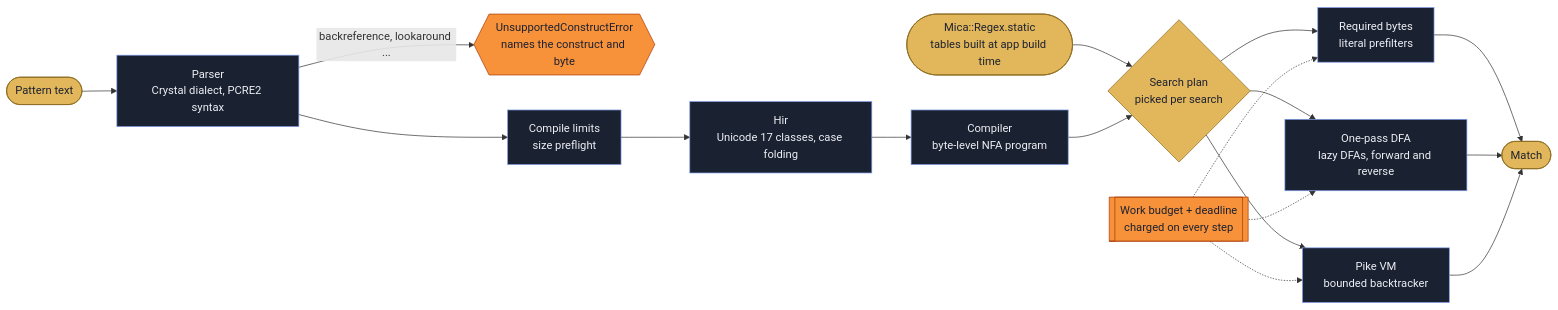
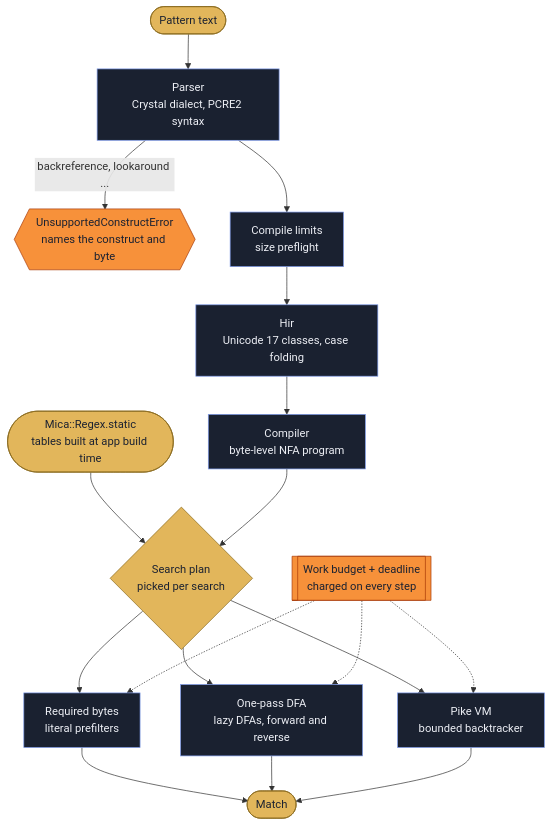
Before and after one commit to amberframework/mica: the diagram in README.md, drawn with Mermaid.

Commit message:
Draw the search pipeline top to bottom so its labels read at full size

````diff
--- a/README.md
+++ b/README.md
@@ -116,25 +116,25 @@
 ```mermaid
-flowchart LR
+flowchart TD
     source(["Pattern text"]) --> parser["Parser<br/>Crystal dialect, PCRE2 syntax"]
     parser -- "backreference, lookaround ..." --> refused{{"UnsupportedConstructError<br/>names the construct and byte"}}
     parser --> limits["Compile limits<br/>size preflight"]
     limits --> hir["Hir<br/>Unicode 17 classes, case folding"]
     hir --> compiler["Compiler<br/>byte-level NFA program"]
     static(["Mica::Regex.static<br/>tables built at app build time"]) --> plan
     compiler --> plan{"Search plan<br/>picked per search"}
     plan --> fast["Required bytes<br/>literal prefilters"]
     plan --> dfa["One-pass DFA<br/>lazy DFAs, forward and reverse"]
     plan --> nfa["Pike VM<br/>bounded backtracker"]
     fast --> found(["Match"])
     dfa --> found
     nfa --> found
     budget[["Work budget + deadline<br/>charged on every step"]] -.-> fast
     budget -.-> dfa
     budget -.-> nfa
     classDef step fill:#1A2130,stroke:#7E9BEA,color:#EDEFF5
     classDef brass fill:#E2B65B,stroke:#8A6A1F,color:#1C2231
     classDef stop fill:#F7913A,stroke:#A93C08,color:#1C2231
     class parser,limits,hir,compiler,fast,dfa,nfa step
     class source,static,found,plan brass
     class refused,budget stop
 ```
````
